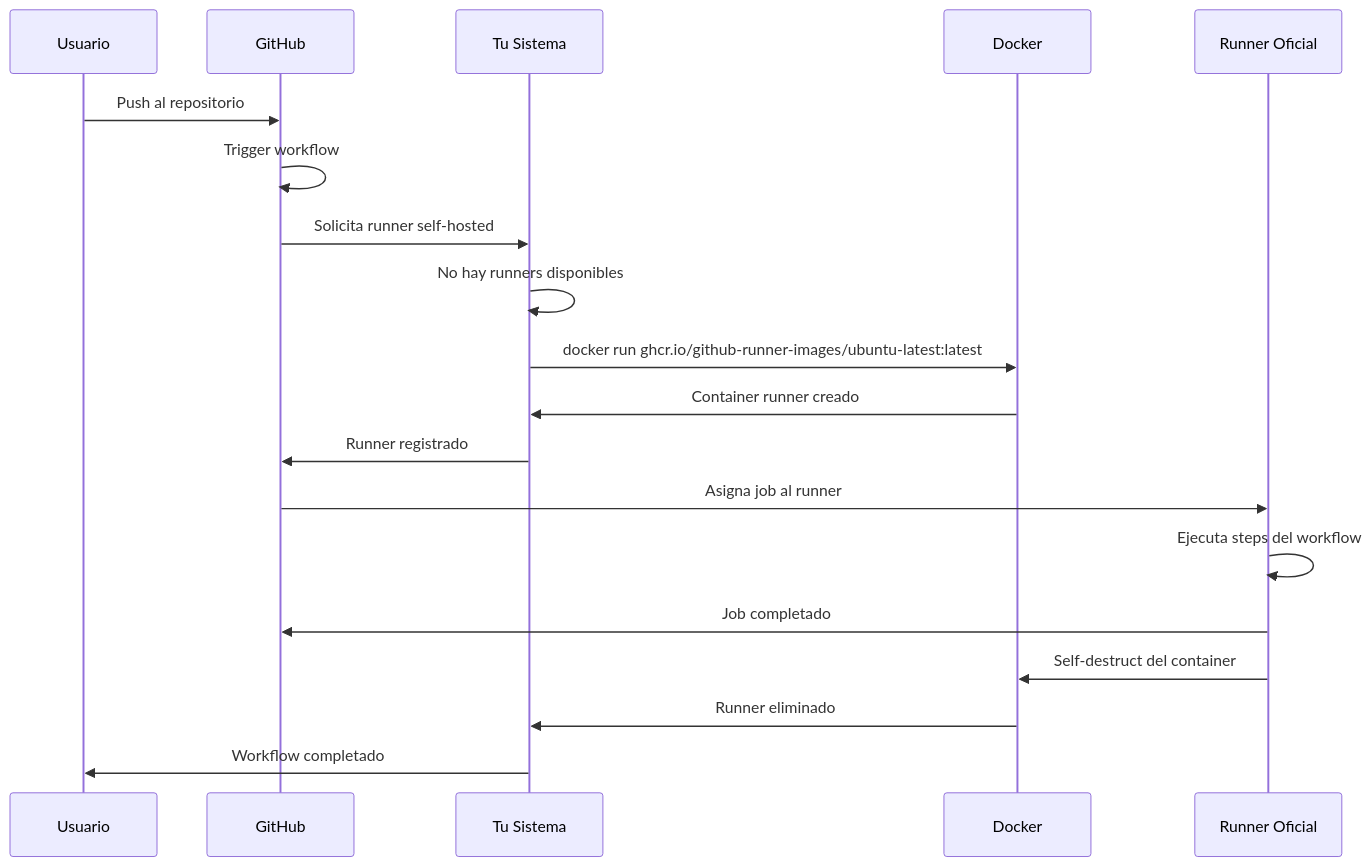
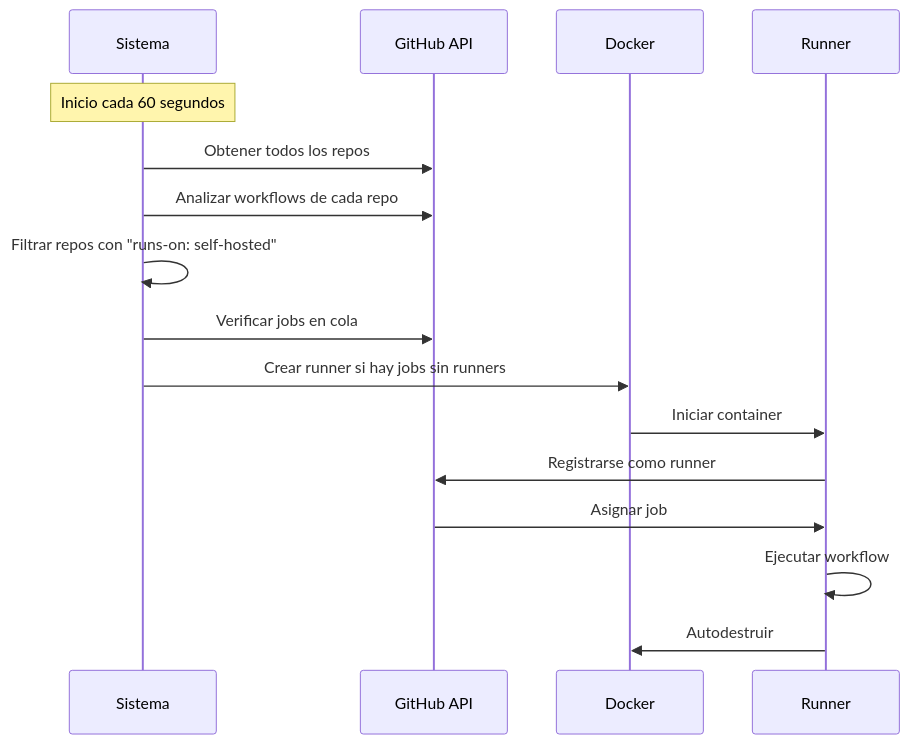
The second of 2 diagrams in README.md (eliaspizarro/gha-ephemeral-runners), drawn with Mermaid before and after one commit. The commit also changed other lines of this file and 4 other files, not shown here.

````diff
--- a/README.md
+++ b/README.md
@@ -200,22 +149,19 @@
 ```mermaid
 sequenceDiagram
-    participant User as Usuario
-    participant GH as GitHub
-    participant SYS as Tu Sistema
+    participant SYS as Sistema
+    participant GH as GitHub API
     participant DOCKER as Docker
-    participant RUN as Runner Oficial
+    participant RUN as Runner
     
-    User->>GH: Push al repositorio
-    GH->>GH: Trigger workflow
-    GH->>SYS: Solicita runner self-hosted
-    SYS->>SYS: No hay runners disponibles
-    SYS->>DOCKER: docker run ghcr.io/github-runner-images/ubuntu-latest:latest
-    DOCKER->>SYS: Container runner creado
-    SYS->>GH: Runner registrado
-    GH->>RUN: Asigna job al runner
-    RUN->>RUN: Ejecuta steps del workflow
-    RUN->>GH: Job completado
-    RUN->>DOCKER: Self-destruct del container
-    DOCKER->>SYS: Runner eliminado
-    SYS->>User: Workflow completado
+    Note over SYS: Inicio cada 60 segundos
+    SYS->>GH: Obtener todos los repos
+    SYS->>GH: Analizar workflows de cada repo
+    SYS->>SYS: Filtrar repos con "runs-on: self-hosted"
+    SYS->>GH: Verificar jobs en cola
+    SYS->>DOCKER: Crear runner si hay jobs sin runners
+    DOCKER->>RUN: Iniciar container
+    RUN->>GH: Registrarse como runner
+    GH->>RUN: Asignar job
+    RUN->>RUN: Ejecutar workflow
+    RUN->>DOCKER: Autodestruir
 ```
````
